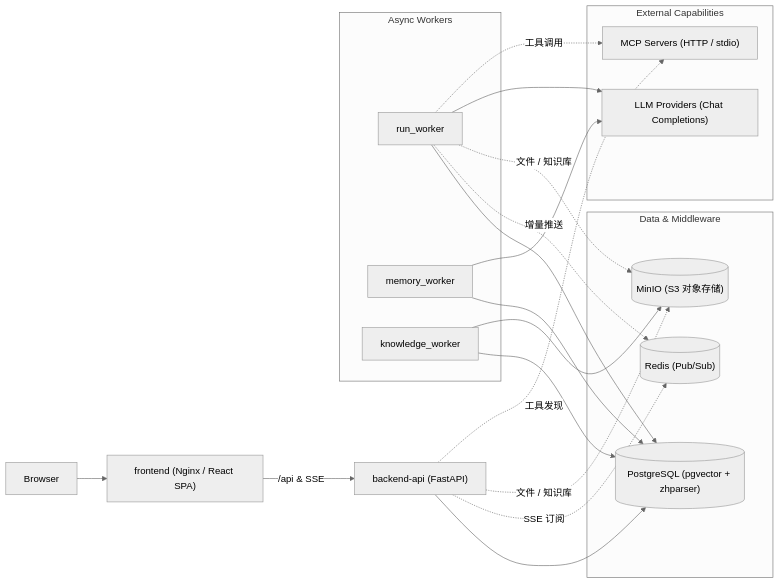
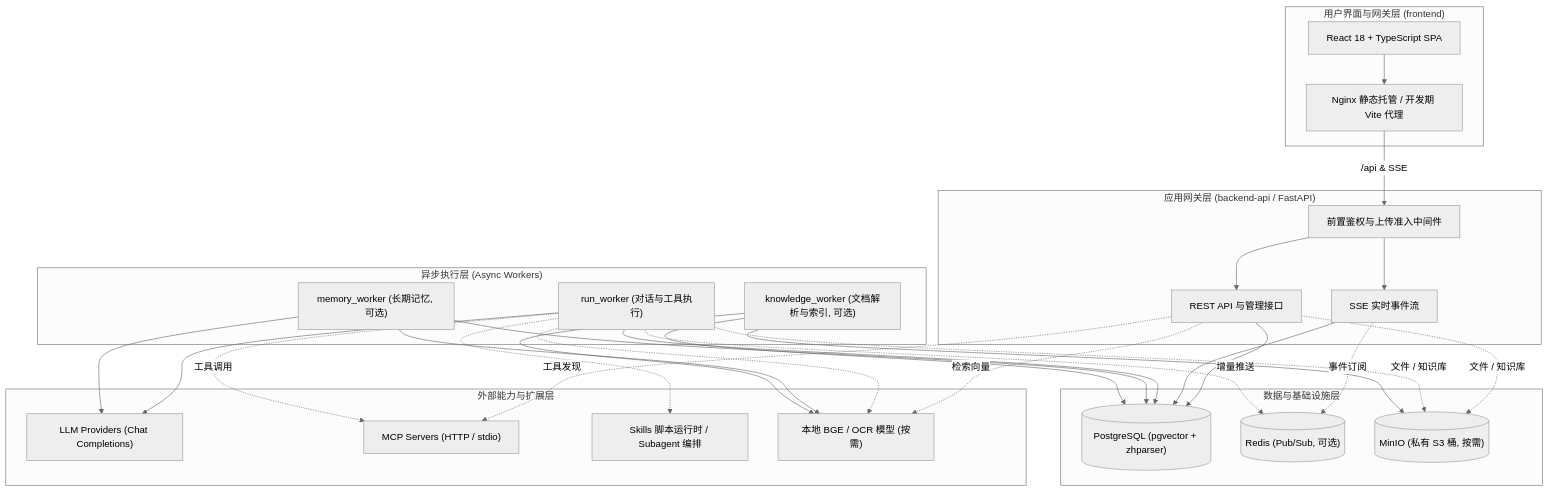
Before and after one commit to doubleu8190/Athena: the diagram in README.md, drawn with Mermaid (neutral theme). The commit also changed other lines of this file, not shown here.

Commit message:
docs(readme): rewrite README in refactor style with v2 architecture

````diff
--- a/README.md
+++ b/README.md
@@ -7,33 +61,60 @@
 ```mermaid
-flowchart LR
-    user["Browser"] --> web["frontend (Nginx / React SPA)"]
-    web -->|"/api & SSE"| api["backend-api (FastAPI)"]
-    subgraph workers["Async Workers"]
-        run["run_worker"]
-        mem["memory_worker"]
-        kb["knowledge_worker"]
-    end
-    subgraph infra["Data & Middleware"]
-        pg[("PostgreSQL (pgvector + zhparser)")]
-        redis[("Redis (Pub/Sub)")]
-        minio[("MinIO (S3 对象存储)")]
-    end
-    subgraph ext["External Capabilities"]
-        llm["LLM Providers (Chat Completions)"]
-        mcp["MCP Servers (HTTP / stdio)"]
+flowchart TB
+    subgraph UI["用户界面与网关层 (frontend)"]
+        SPA["React 18 + TypeScript SPA"]
+        Proxy["Nginx 静态托管 / 开发期 Vite 代理"]
     end
 
-    api --> pg
-    api -.->|"SSE 订阅"| redis
-    api -.->|"文件 / 知识库"| minio
-    api -.->|"工具发现"| mcp
-    run --> pg
-    run -.->|"增量推送"| redis
-    run -.->|"文件 / 知识库"| minio
-    run --> llm
-    run -.->|"工具调用"| mcp
-    mem --> pg
-    mem --> llm
-    kb --> pg
-    kb --> minio
+    subgraph Gateway["应用网关层 (backend-api / FastAPI)"]
+        Middleware["前置鉴权与上传准入中间件"]
+        RestApi["REST API 与管理接口"]
+        SseStream["SSE 实时事件流"]
+    end
+
+    subgraph Workers["异步执行层 (Async Workers)"]
+        RunWorker["run_worker (对话与工具执行)"]
+        MemWorker["memory_worker (长期记忆, 可选)"]
+        KbWorker["knowledge_worker (文档解析与索引, 可选)"]
+    end
+
+    subgraph Ext["外部能力与扩展层"]
+        LLM["LLM Providers (Chat Completions)"]
+        MCP["MCP Servers (HTTP / stdio)"]
+        SkillSubagent["Skills 脚本运行时 / Subagent 编排"]
+        LocalModels["本地 BGE / OCR 模型 (按需)"]
+    end
+
+    subgraph Infra["数据与基础设施层"]
+        PG[("PostgreSQL (pgvector + zhparser)")]
+        Redis[("Redis (Pub/Sub, 可选)")]
+        MinIO[("MinIO (私有 S3 桶, 按需)")]
+    end
+
+    SPA --> Proxy
+    Proxy -->|"/api & SSE"| Middleware
+    Middleware --> RestApi
+    Middleware --> SseStream
+
+    RestApi --> PG
+    SseStream --> PG
+    SseStream -.->|"事件订阅"| Redis
+    RestApi -.->|"文件 / 知识库"| MinIO
+    RestApi -.->|"工具发现"| MCP
+    RestApi -.->|"检索向量"| LocalModels
+
+    RunWorker --> PG
+    RunWorker -.->|"增量推送"| Redis
+    RunWorker -.->|"文件 / 知识库"| MinIO
+    RunWorker --> LLM
+    RunWorker -.->|"工具调用"| MCP
+    RunWorker -.-> SkillSubagent
+    RunWorker -.-> LocalModels
+
+    MemWorker --> PG
+    MemWorker --> LLM
+    MemWorker --> LocalModels
+
+    KbWorker --> PG
+    KbWorker --> MinIO
+    KbWorker --> LocalModels
 ```
````
